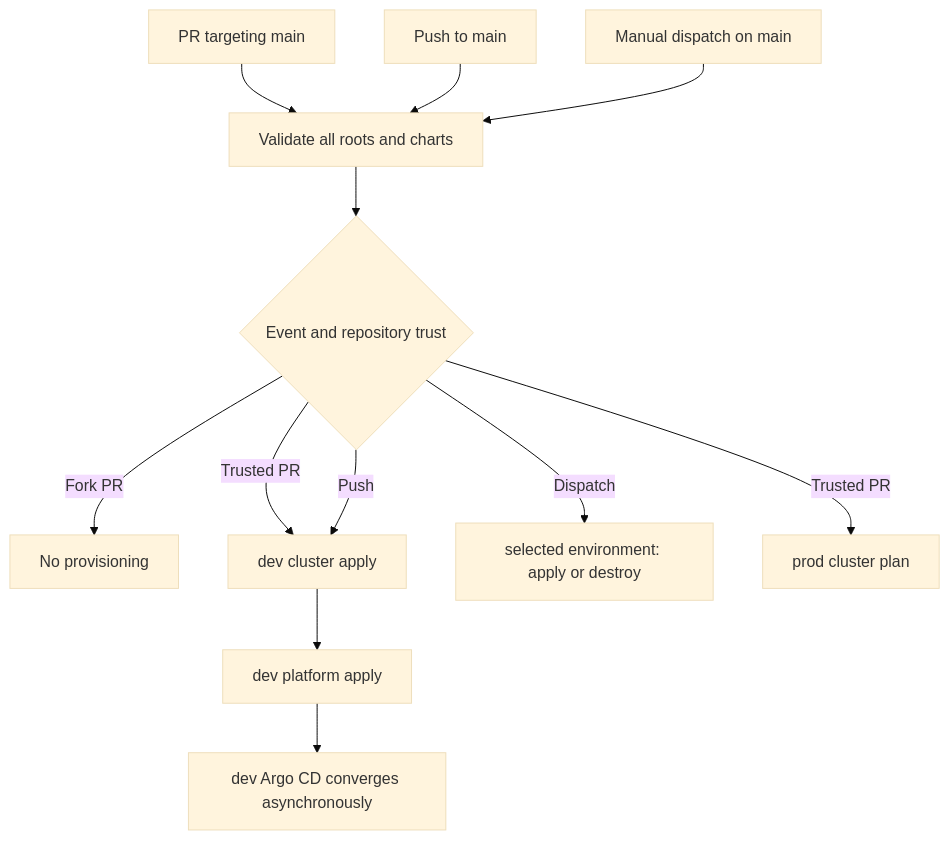
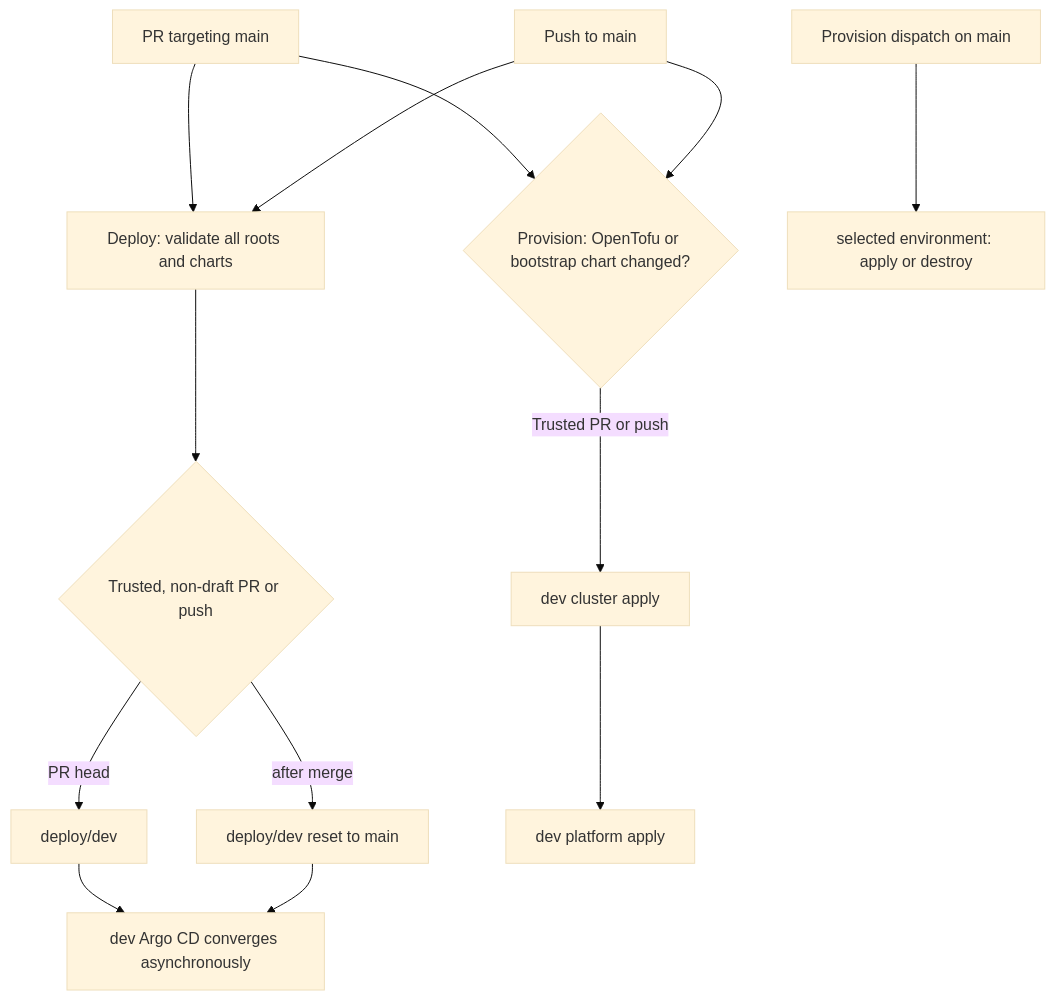
One commit to phuchoang2603/talos-proxmox changed the second of 2 diagrams in docs/architecture/terraform-ci.md. Above: the diagram before and after it, drawn with Mermaid (base theme). The commit also changed other lines of this file and 17 other files, not shown here.

First line of the commit message:
ci: simplify the CI/CD flow now that Argo tracks branches (#139)

````diff
--- a/docs/architecture/terraform-ci.md
+++ b/docs/architecture/terraform-ci.md
@@ -36,14 +36,15 @@
 ```mermaid
 flowchart TD
-    PR["PR targeting main"] --> Lint["Validate all roots and charts"]
+    PR["PR targeting main"] --> Lint["Deploy: validate all roots and charts"]
     Push["Push to main"] --> Lint
-    Dispatch["Manual dispatch on main"] --> Lint
-    Lint --> Trigger{"Event and repository trust"}
-    Trigger -->|"Fork PR"| Done["No provisioning"]
-    Trigger -->|"Trusted PR"| DevCluster
-    Trigger -->|"Push"| DevCluster["dev cluster apply"]
-    Trigger -->|"Dispatch"| Selected["selected environment: apply or destroy"]
+    Lint --> Publish{"Trusted, non-draft PR or push"}
+    Publish -->|"PR head"| Branch["deploy/dev"]
+    Publish -->|"after merge"| Reset["deploy/dev reset to main"]
+    Branch --> DevArgo["dev Argo CD converges asynchronously"]
+    Reset --> DevArgo
+    PR --> Paths{"Provision: OpenTofu or bootstrap chart changed?"}
+    Push --> Paths
+    Paths -->|"Trusted PR or push"| DevCluster["dev cluster apply"]
     DevCluster --> DevPlatform["dev platform apply"]
-    DevPlatform --> DevArgo["dev Argo CD converges asynchronously"]
-    Trigger -->|"Trusted PR"| ProdPlan["prod cluster plan"]
+    Dispatch["Provision dispatch on main"] --> Selected["selected environment: apply or destroy"]
 ```
````
